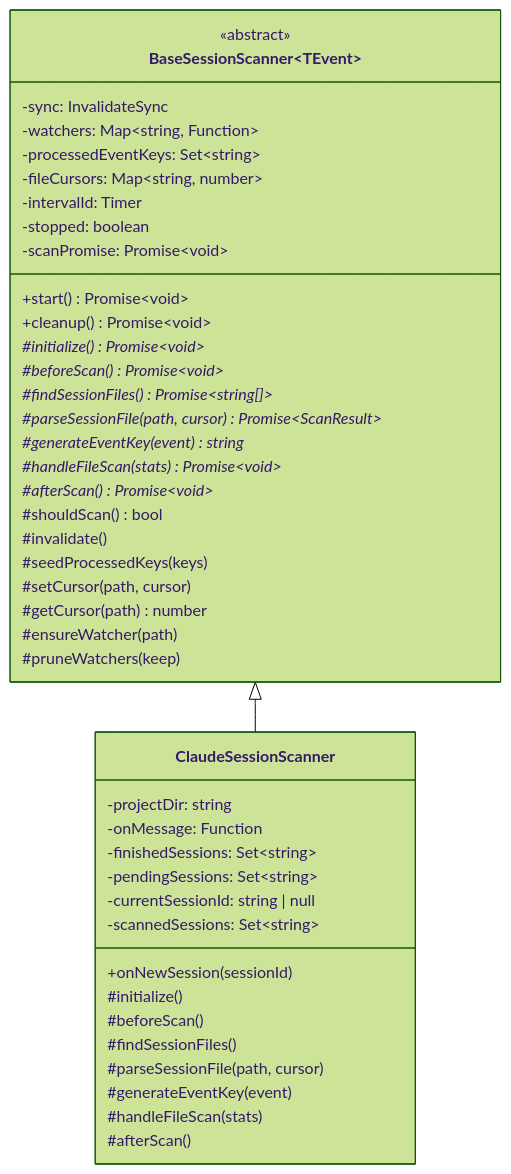
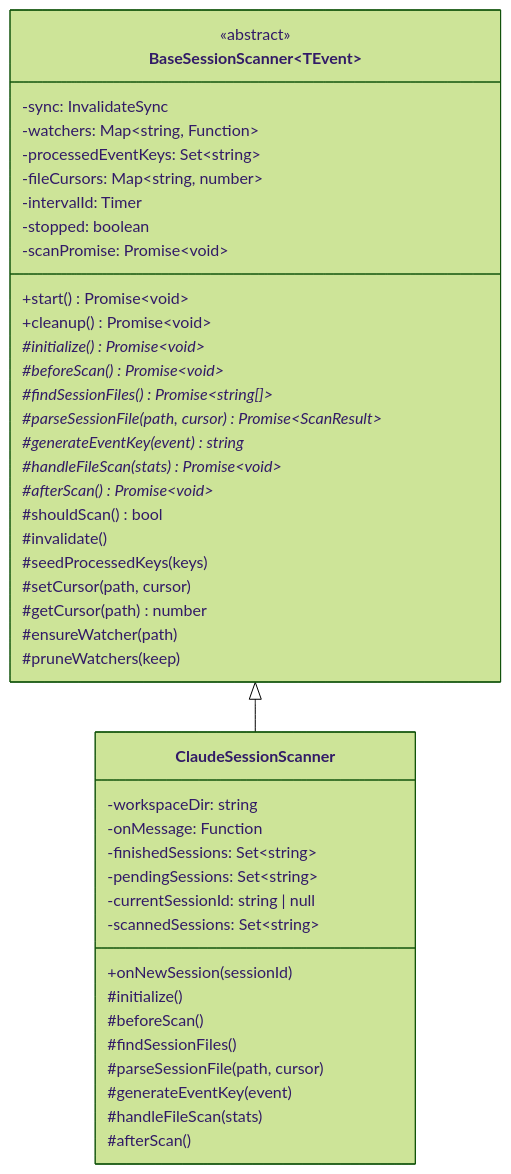
Before and after one commit to ModuBit/mobi: the second of 6 diagrams in docs/architecture/cli/commands/claude/session-scanner.md, drawn with Mermaid (forest theme). The commit also changed other lines of this file and 188 other files, not shown here.

````diff
--- a/docs/architecture/cli/commands/claude/session-scanner.md
+++ b/docs/architecture/cli/commands/claude/session-scanner.md
@@ -54,50 +54,50 @@
 ```mermaid
 classDiagram
     class BaseSessionScanner~TEvent~ {
         <<abstract>>
         -sync: InvalidateSync
         -watchers: Map~string, Function~
         -processedEventKeys: Set~string~
         -fileCursors: Map~string, number~
         -intervalId: Timer
         -stopped: boolean
         -scanPromise: Promise~void~
 
         +start() Promise~void~
         +cleanup() Promise~void~
         #initialize()* Promise~void~
         #beforeScan()* Promise~void~
         #findSessionFiles()* Promise~string[]~
         #parseSessionFile(path, cursor)* Promise~ScanResult~
         #generateEventKey(event)* string
         #handleFileScan(stats)* Promise~void~
         #afterScan()* Promise~void~
         #shouldScan() bool
         #invalidate()
         #seedProcessedKeys(keys)
         #setCursor(path, cursor)
         #getCursor(path) number
         #ensureWatcher(path)
         #pruneWatchers(keep)
     }
 
     class ClaudeSessionScanner {
-        -projectDir: string
+        -workspaceDir: string
         -onMessage: Function
         -finishedSessions: Set~string~
         -pendingSessions: Set~string~
         -currentSessionId: string | null
         -scannedSessions: Set~string~
 
         +onNewSession(sessionId)
         #initialize()
         #beforeScan()
         #findSessionFiles()
         #parseSessionFile(path, cursor)
         #generateEventKey(event)
         #handleFileScan(stats)
         #afterScan()
     }
 
     BaseSessionScanner <|-- ClaudeSessionScanner
 ```
````
